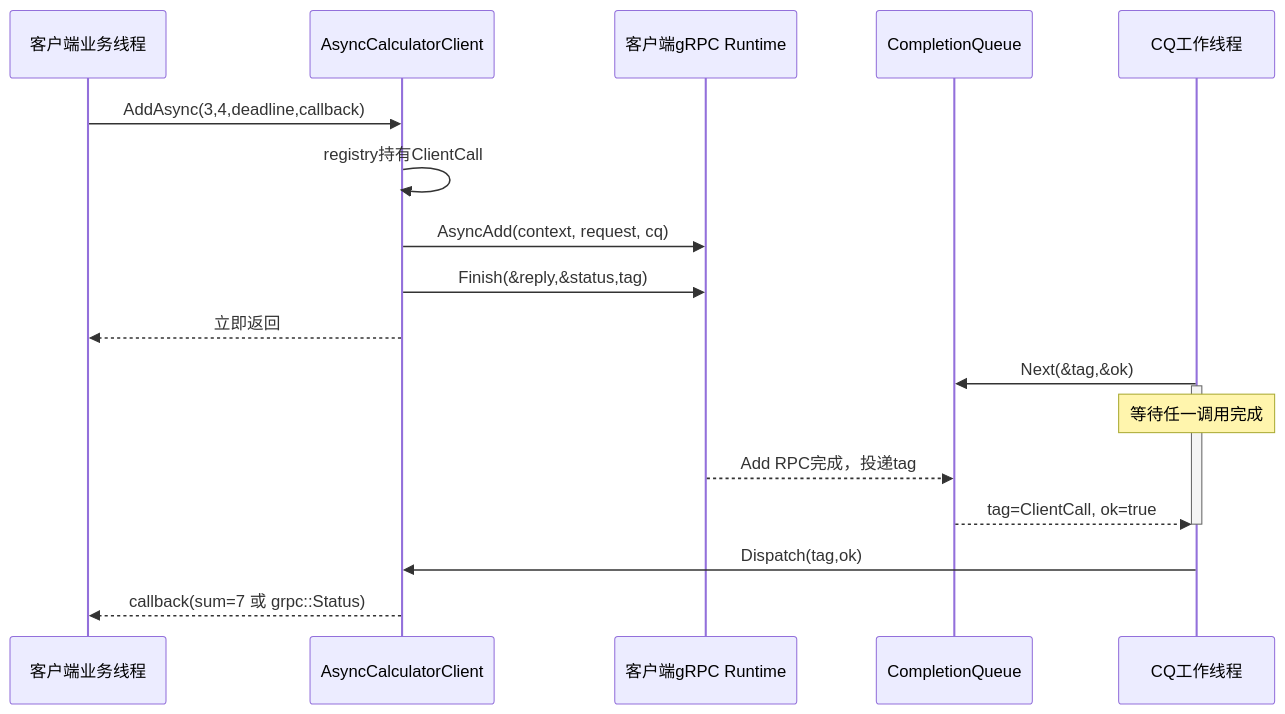
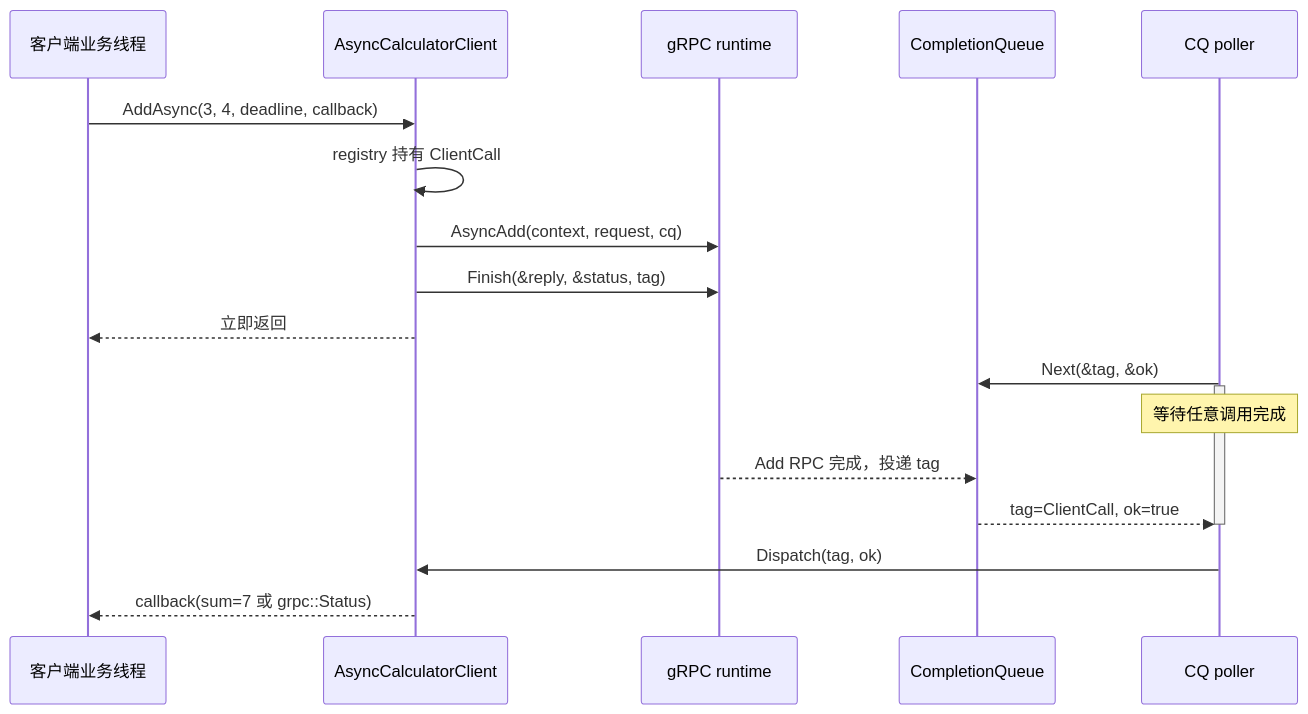
One commit to 495229520/obsidian_notes changed the second of 2 diagrams in 3.Linux/18. 高级网络编程与 RPC/03. 异步与事件驱动/18.5 gRPC Completion Queue：异步 Add RPC.md. Above: the diagram before and after it, drawn with Mermaid. The commit also changed other lines of this file and 4 other files, not shown here.

Commit message:
Improve async RPC notes and diagrams

````diff
--- a/3.Linux/18. 高级网络编程与 RPC/03. 异步与事件驱动/18.5 gRPC Completion Queue：异步 Add RPC.md
+++ b/3.Linux/18. 高级网络编程与 RPC/03. 异步与事件驱动/18.5 gRPC Completion Queue：异步 Add RPC.md
@@ -547,23 +391,23 @@
 ```mermaid
 sequenceDiagram
     participant App as 客户端业务线程
     participant Client as AsyncCalculatorClient
-    participant Runtime as 客户端gRPC Runtime
+    participant Runtime as gRPC runtime
     participant CQ as CompletionQueue
-    participant Poller as CQ工作线程
+    participant Poller as CQ poller
 
-    App->>Client: AddAsync(3,4,deadline,callback)
-    Client->>Client: registry持有ClientCall
+    App->>Client: AddAsync(3, 4, deadline, callback)
+    Client->>Client: registry 持有 ClientCall
     Client->>Runtime: AsyncAdd(context, request, cq)
-    Client->>Runtime: Finish(&reply,&status,tag)
+    Client->>Runtime: Finish(&reply, &status, tag)
     Client-->>App: 立即返回
 
-    Poller->>CQ: Next(&tag,&ok)
+    Poller->>CQ: Next(&tag, &ok)
     activate Poller
-    Note over Poller: 等待任一调用完成
-    Runtime-->>CQ: Add RPC完成，投递tag
+    Note over Poller: 等待任意调用完成
+    Runtime-->>CQ: Add RPC 完成，投递 tag
     CQ-->>Poller: tag=ClientCall, ok=true
     deactivate Poller
-    Poller->>Client: Dispatch(tag,ok)
+    Poller->>Client: Dispatch(tag, ok)
     Client-->>App: callback(sum=7 或 grpc::Status)
 ```
````
